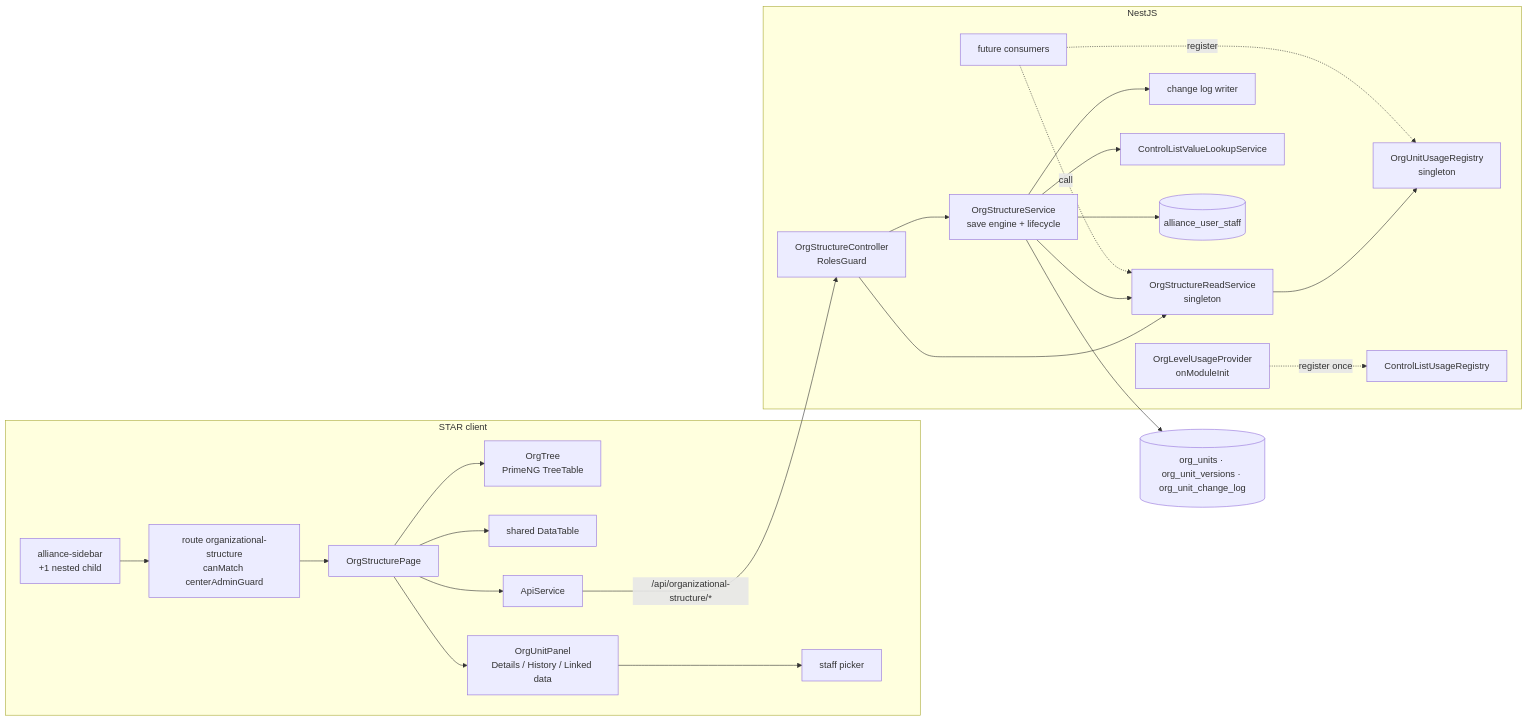
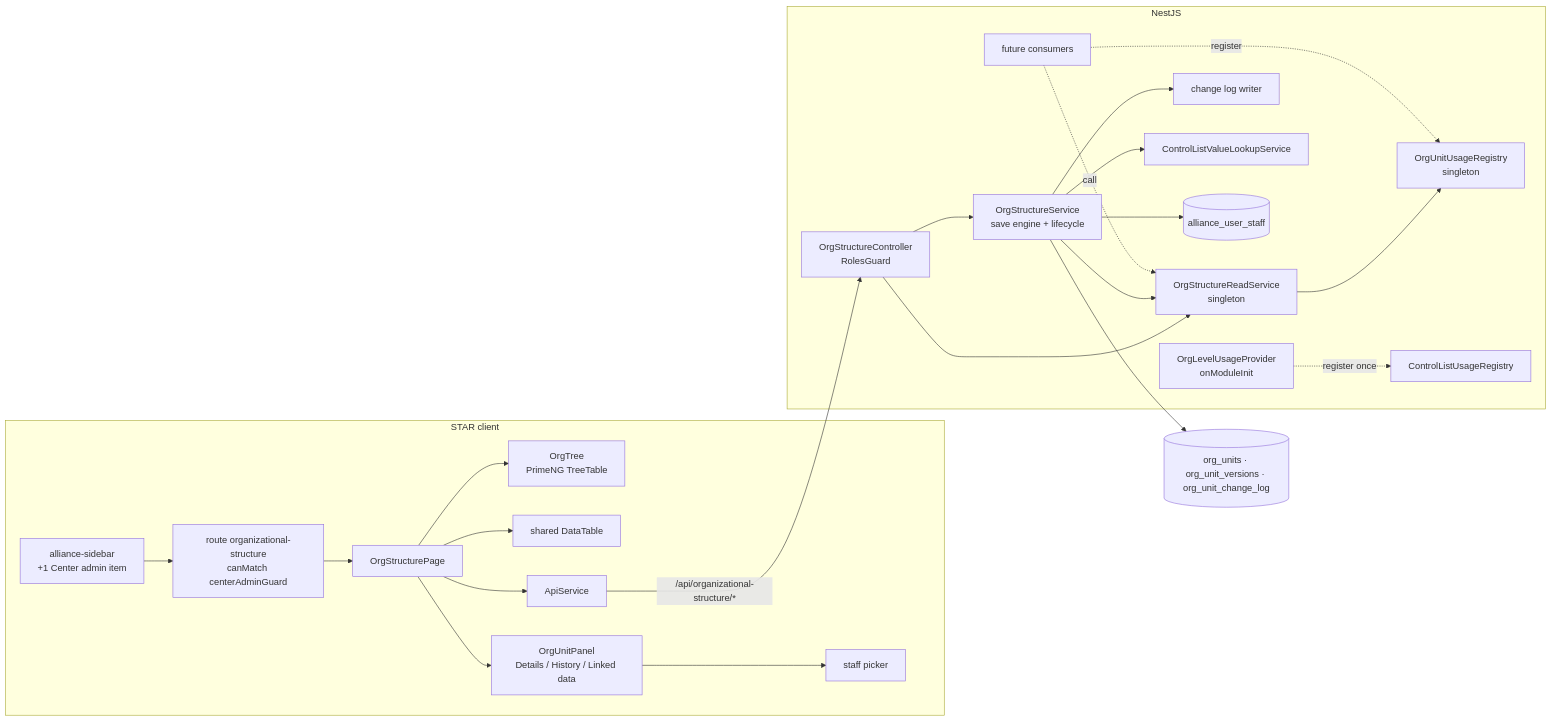
Before and after one commit to AllianceBioversityCIAT/alliance-research-indicators-main: the diagram in docs/specs/institutional-performance/organizational-structure/design.md, drawn with Mermaid. The commit also changed other lines of this file and 12 other files, not shown here.

````diff
--- a/docs/specs/institutional-performance/organizational-structure/design.md
+++ b/docs/specs/institutional-performance/organizational-structure/design.md
@@ -32,26 +32,26 @@
 ```mermaid
 flowchart LR
   subgraph Client[STAR client]
-    SB[alliance-sidebar\n+1 nested child] --> RT[route organizational-structure\ncanMatch centerAdminGuard]
+    SB[alliance-sidebar\n+1 Center admin item] --> RT[route organizational-structure\ncanMatch centerAdminGuard]
     RT --> PG[OrgStructurePage]
     PG --> TV[OrgTree\nPrimeNG TreeTable]
     PG --> DT[shared DataTable]
     PG --> PN[OrgUnitPanel\nDetails / History / Linked data]
     PN --> SP[staff picker]
     PG --> API[ApiService]
   end
   subgraph Server[NestJS]
     API -->|/api/organizational-structure/*| CT[OrgStructureController\nRolesGuard]
     CT --> WS[OrgStructureService\nsave engine + lifecycle]
     CT --> RS[OrgStructureReadService\nsingleton]
     WS --> RS
     WS --> LG[change log writer]
     WS --> CLK[ControlListValueLookupService]
     WS --> STF[(alliance_user_staff)]
     RS --> UR[OrgUnitUsageRegistry\nsingleton]
     INIT[OrgLevelUsageProvider\nonModuleInit] -. register once .-> CLR[ControlListUsageRegistry]
     FUT[future consumers] -. register .-> UR
     FUT -. call .-> RS
   end
   WS --> DB[(org_units · org_unit_versions · org_unit_change_log)]
 ```
````
